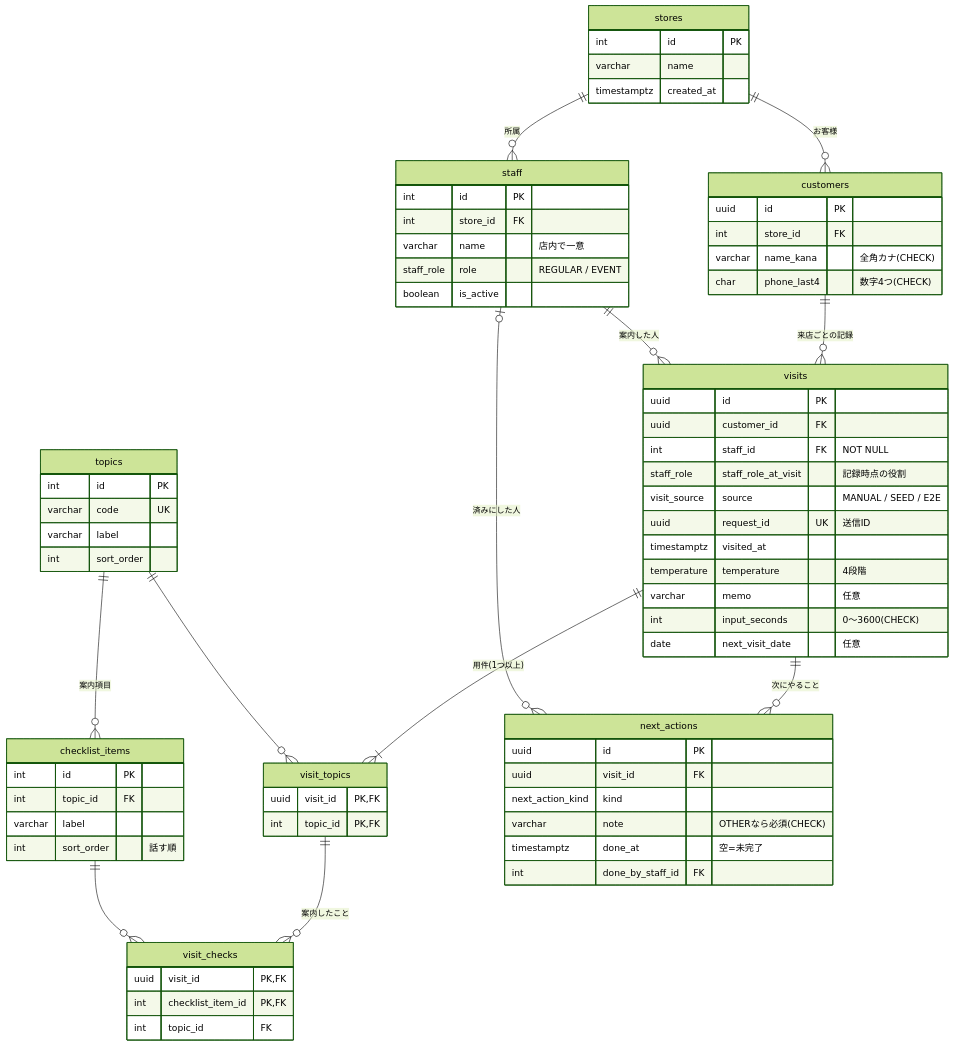
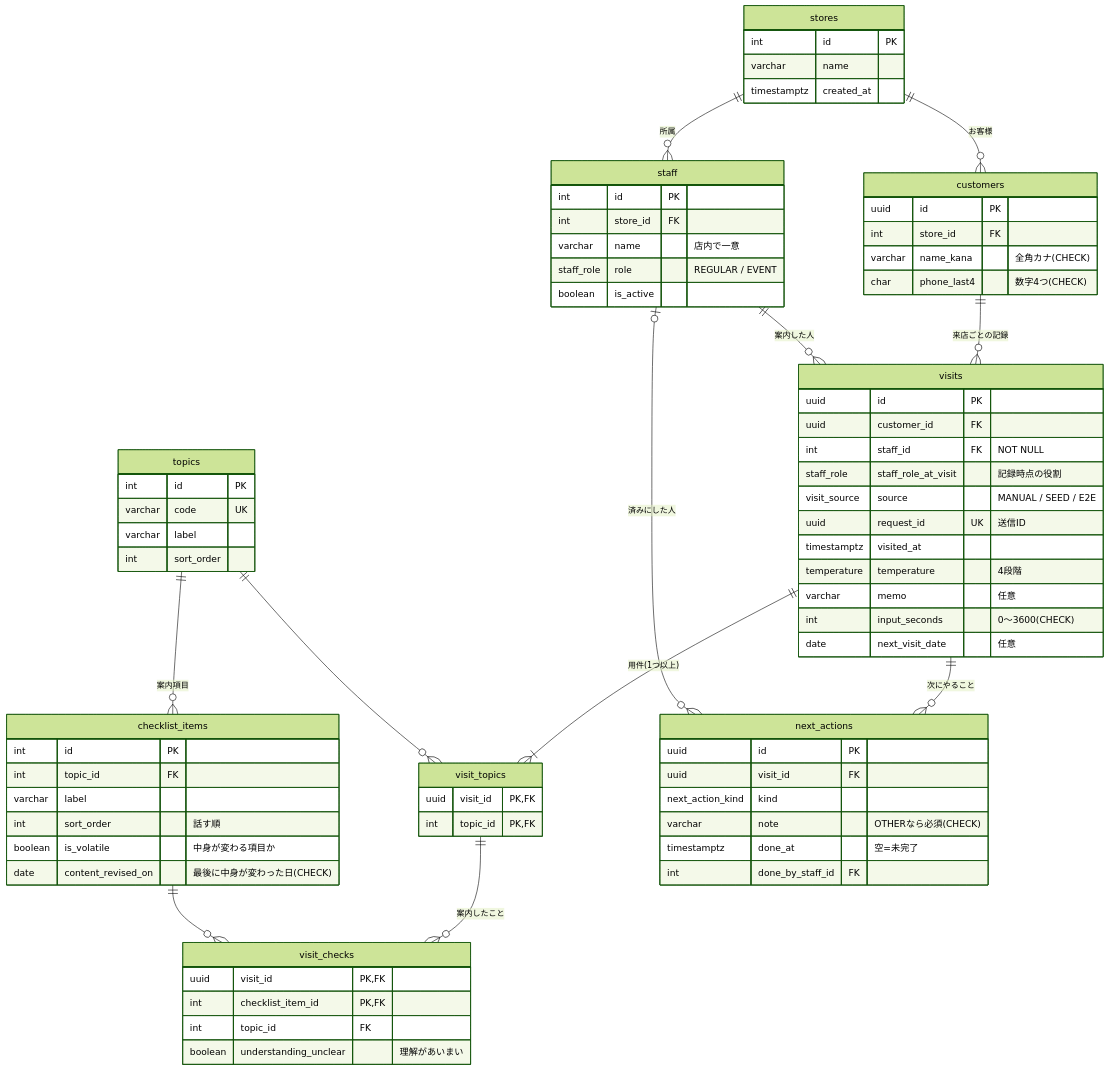
Before and after one commit to TsuIwa/uriba-baton: the diagram in docs/03_DB設計.md, drawn with Mermaid (forest theme). The commit also changed other lines of this file and 11 other files, not shown here.

````diff
--- a/docs/03_DB設計.md
+++ b/docs/03_DB設計.md
@@ -8,75 +8,78 @@
 ```mermaid
 erDiagram
   stores ||--o{ staff : "所属"
   stores ||--o{ customers : "お客様"
   customers ||--o{ visits : "来店ごとの記録"
   staff ||--o{ visits : "案内した人"
   visits ||--|{ visit_topics : "用件(1つ以上)"
   topics ||--o{ visit_topics : ""
   topics ||--o{ checklist_items : "案内項目"
   visit_topics ||--o{ visit_checks : "案内したこと"
   checklist_items ||--o{ visit_checks : ""
   visits ||--o{ next_actions : "次にやること"
   staff |o--o{ next_actions : "済みにした人"
 
   stores {
     int id PK
     varchar name
     timestamptz created_at
   }
   staff {
     int id PK
     int store_id FK
     varchar name "店内で一意"
     staff_role role "REGULAR / EVENT"
     boolean is_active
   }
   customers {
     uuid id PK
     int store_id FK
     varchar name_kana "全角カナ(CHECK)"
     char phone_last4 "数字4つ(CHECK)"
   }
   visits {
     uuid id PK
     uuid customer_id FK
     int staff_id FK "NOT NULL"
     staff_role staff_role_at_visit "記録時点の役割"
     visit_source source "MANUAL / SEED / E2E"
     uuid request_id UK "送信ID"
     timestamptz visited_at
     temperature temperature "4段階"
     varchar memo "任意"
     int input_seconds "0〜3600(CHECK)"
     date next_visit_date "任意"
   }
   topics {
     int id PK
     varchar code UK
     varchar label
     int sort_order
   }
   checklist_items {
     int id PK
     int topic_id FK
     varchar label
     int sort_order "話す順"
+    boolean is_volatile "中身が変わる項目か"
+    date content_revised_on "最後に中身が変わった日(CHECK)"
   }
   visit_topics {
     uuid visit_id PK, FK
     int topic_id PK, FK
   }
   visit_checks {
     uuid visit_id PK, FK
     int checklist_item_id PK, FK
     int topic_id FK
+    boolean understanding_unclear "理解があいまい"
   }
   next_actions {
     uuid id PK
     uuid visit_id FK
     next_action_kind kind
     varchar note "OTHERなら必須(CHECK)"
     timestamptz done_at "空=未完了"
     int done_by_staff_id FK
   }
 ```
````
